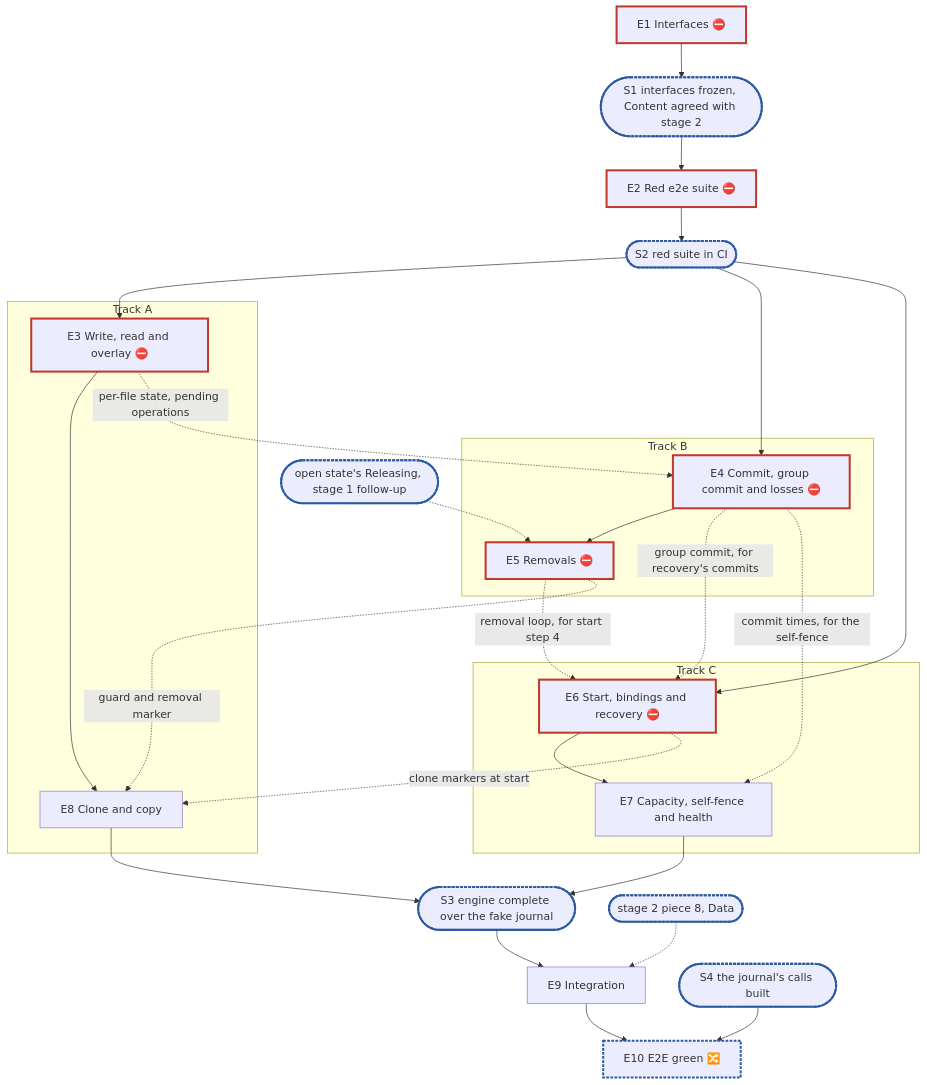
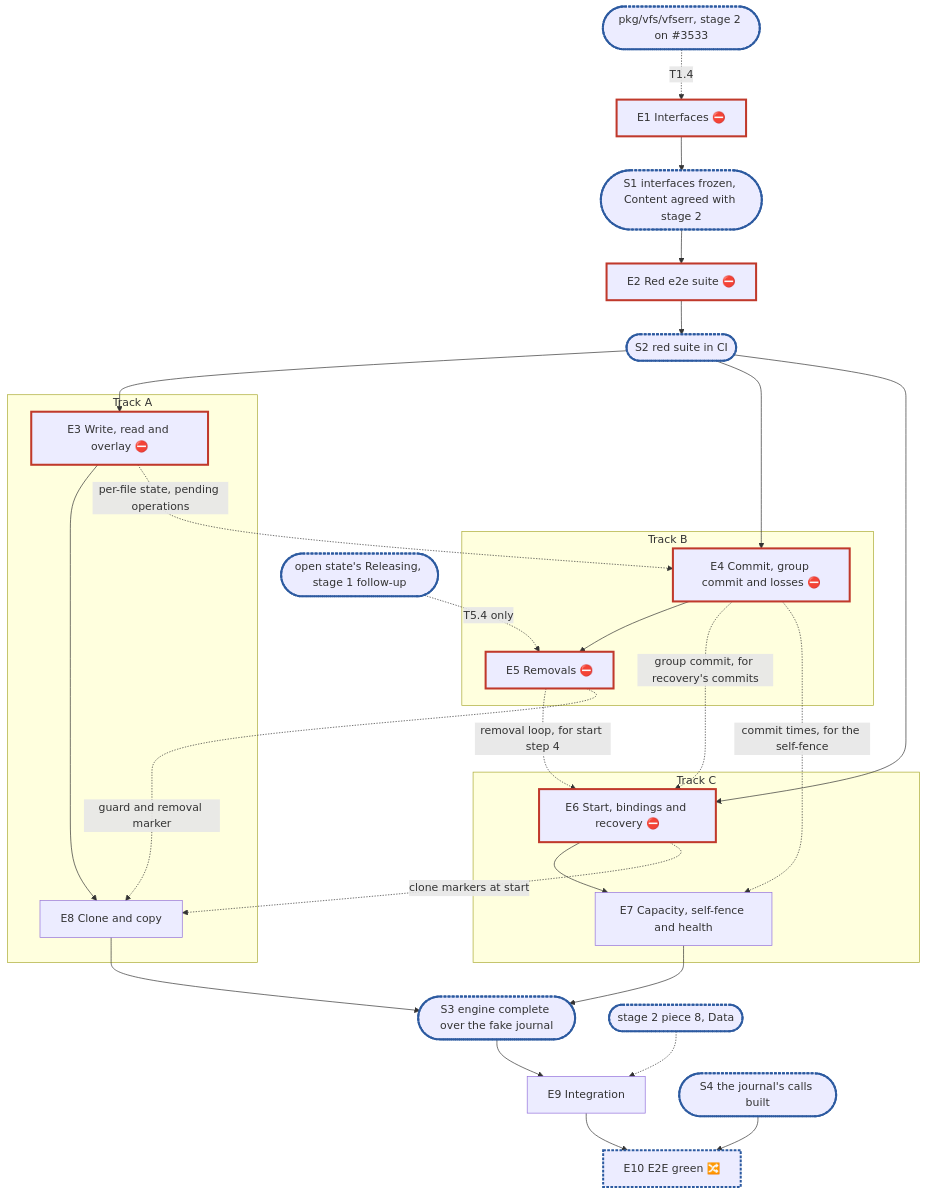
The diagram in docs/internals/planning/rfc-8-journal-only-engine-plan.md (marmos91/dittofs), drawn with Mermaid before and after one commit. The commit also changed other lines of this file, not shown here.

````diff
--- a/docs/internals/planning/rfc-8-journal-only-engine-plan.md
+++ b/docs/internals/planning/rfc-8-journal-only-engine-plan.md
@@ -339,29 +360,30 @@
 ```mermaid
 flowchart TD
+  V(["pkg/vfs/vfserr, stage 2 on #3533"]):::sync -. "T1.4" .-> E1
   E1["E1 Interfaces ⛔"]:::blocker --> S1(["S1 interfaces frozen, Content agreed with stage 2"]):::sync
   S1 --> E2["E2 Red e2e suite ⛔"]:::blocker --> S2(["S2 red suite in CI"]):::sync
   subgraph A["Track A"]
     E3["E3 Write, read and overlay ⛔"]:::blocker --> E8["E8 Clone and copy"]
   end
   subgraph B["Track B"]
     E4["E4 Commit, group commit and losses ⛔"]:::blocker --> E5["E5 Removals ⛔"]:::blocker
   end
   subgraph C["Track C"]
     E6["E6 Start, bindings and recovery ⛔"]:::blocker --> E7["E7 Capacity, self-fence and health"]
   end
   S2 --> E3 & E4 & E6
   E3 -. "per-file state, pending operations" .-> E4
   E4 -. "group commit, for recovery's commits" .-> E6
   E5 -. "removal loop, for start step 4" .-> E6
   E4 -. "commit times, for the self-fence" .-> E7
   E5 -. "guard and removal marker" .-> E8
   E6 -. "clone markers at start" .-> E8
   E7 & E8 --> S3(["S3 engine complete over the fake journal"]):::sync
   S3 --> E9["E9 Integration"]
   X(["stage 2 piece 8, Data"]):::sync -.-> E9
-  R(["open state's Releasing, stage 1 follow-up"]):::sync -.-> E5
+  R(["open state's Releasing, stage 1 follow-up"]):::sync -. "T5.4 only" .-> E5
   E9 --> E10["E10 E2E green 🔀"]:::sync
   S4(["S4 the journal's calls built"]):::sync --> E10
   classDef blocker stroke:#c0392b,stroke-width:3px
   classDef sync stroke:#2c5aa0,stroke-width:3px,stroke-dasharray:4 2
 ```
````
